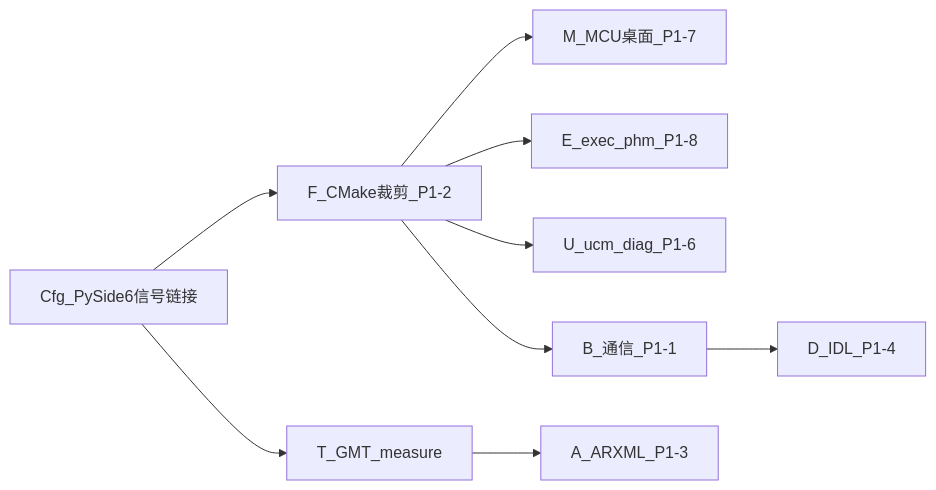
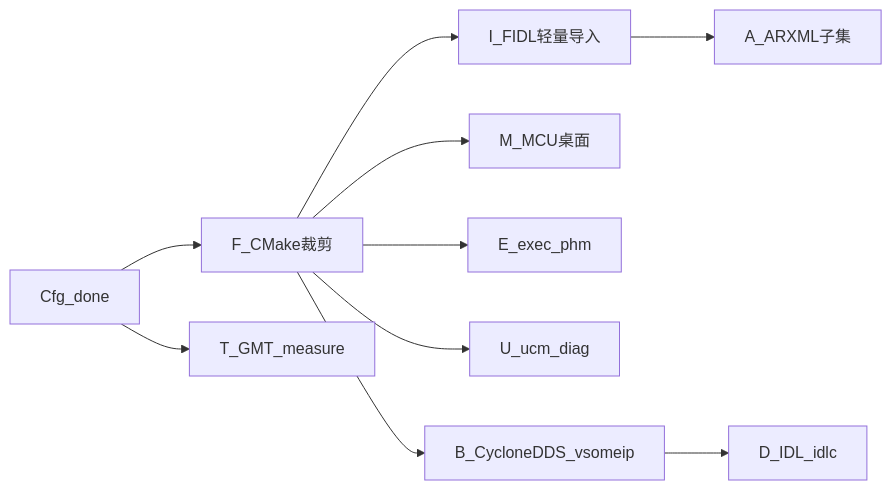
The diagram in docs/zh/operations/P1_PLAN.md (xinyu2004/AI_Giraffe-Flow), drawn with Mermaid before and after one commit. The commit also changed other lines of this file and 110 other files, not shown here.

````diff
--- a/docs/zh/operations/P1_PLAN.md
+++ b/docs/zh/operations/P1_PLAN.md
@@ -20,20 +23,22 @@
 ```mermaid
 flowchart LR
-  F[F_CMake裁剪_P1-2]
-  Cfg[Cfg_PySide6信号链接]
-  M[M_MCU桌面_P1-7]
-  E[E_exec_phm_P1-8]
-  U[U_ucm_diag_P1-6]
-  B[B_通信_P1-1]
-  D[D_IDL_P1-4]
+  Cfg[Cfg_done]
+  F[F_CMake裁剪]
+  I[I_FIDL轻量导入]
+  M[M_MCU桌面]
+  E[E_exec_phm]
+  U[U_ucm_diag]
+  B[B_CycloneDDS_vsomeip]
+  D[D_IDL_idlc]
   T[T_GMT_measure]
-  A[A_ARXML_P1-3]
+  A[A_ARXML子集]
+  Cfg --> F
+  F --> I
   F --> M
-  Cfg --> F
+  I --> A
   F --> E
   F --> U
   F --> B
   B --> D
   Cfg --> T
-  T --> A
 ```
````
